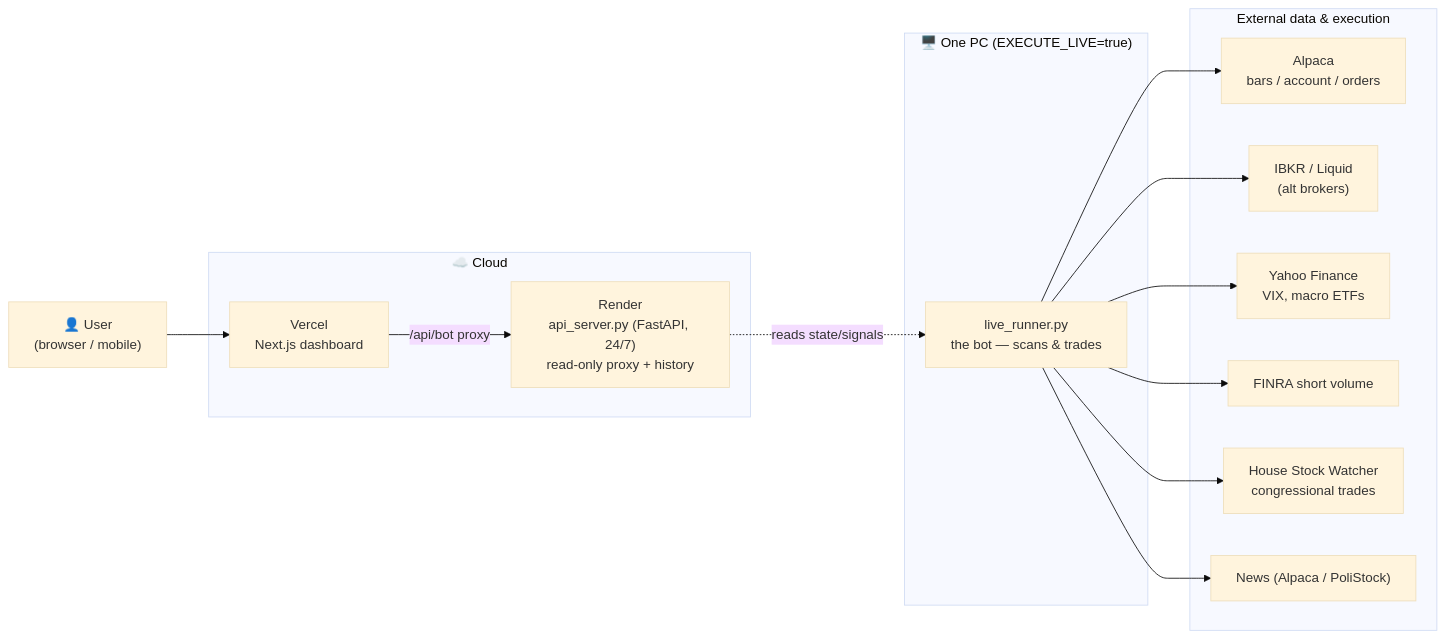
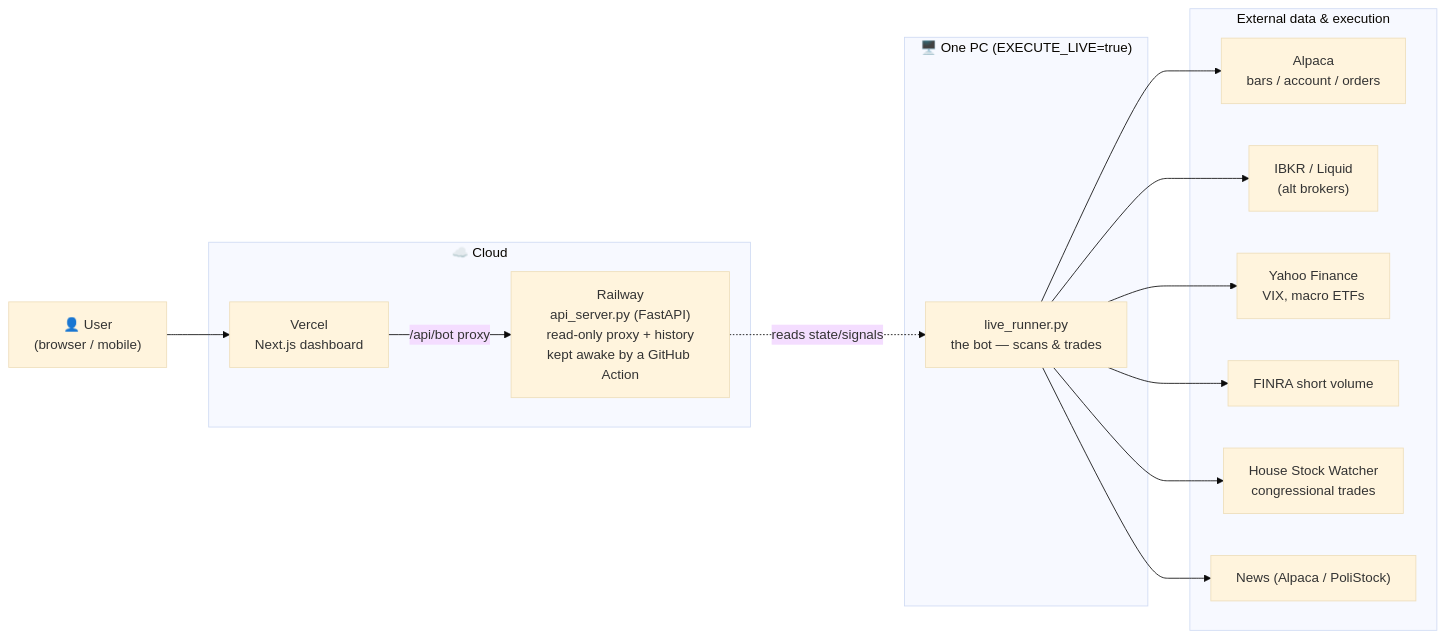
One commit to jonathantt2712/TradingBot_Testing changed the first of 8 diagrams in docs/HOW_IT_WORKS.md. Above: the diagram before and after it, drawn with Mermaid (base theme). The commit also changed other lines of this file, not shown here.

Commit message:
docs: correct backend host to Railway in HOW_IT_WORKS
The backend (api_server.py) runs on Railway (railway.toml, NIXPACKS,
healthcheck /api/health), kept awake by the keep-awake GitHub Action that
pings RAILWAY_BACKEND_URL. The "Render" references inherited from the older
ARCHITECTURE_MAP were stale (pre-migration).

Claude-Session: https://claude.ai/code/session_01PvoHYFZsAmHf1htk38TZQV

````diff
--- a/docs/HOW_IT_WORKS.md
+++ b/docs/HOW_IT_WORKS.md
@@ -19,34 +19,34 @@
 ```mermaid
 flowchart LR
     user["👤 User<br/>(browser / mobile)"]
 
     subgraph cloud["☁️ Cloud"]
         vercel["Vercel<br/>Next.js dashboard"]
-        render["Render<br/>api_server.py (FastAPI, 24/7)<br/>read-only proxy + history"]
+        railway["Railway<br/>api_server.py (FastAPI)<br/>read-only proxy + history<br/>kept awake by a GitHub Action"]
     end
 
     subgraph pc["🖥️ One PC (EXECUTE_LIVE=true)"]
         bot["live_runner.py<br/>the bot — scans & trades"]
     end
 
     subgraph ext["External data & execution"]
         alpaca["Alpaca<br/>bars / account / orders"]
         ibkr["IBKR / Liquid<br/>(alt brokers)"]
         yahoo["Yahoo Finance<br/>VIX, macro ETFs"]
         finra["FINRA short volume"]
         hsw["House Stock Watcher<br/>congressional trades"]
         news["News (Alpaca / PoliStock)"]
     end
 
     user --> vercel
-    vercel -->|"/api/bot proxy"| render
-    render -.->|reads state/signals| bot
+    vercel -->|"/api/bot proxy"| railway
+    railway -.->|reads state/signals| bot
     bot --> alpaca
     bot --> ibkr
     bot --> yahoo
     bot --> finra
     bot --> hsw
     bot --> news
 
     classDef new fill:#fff
 ```
````
